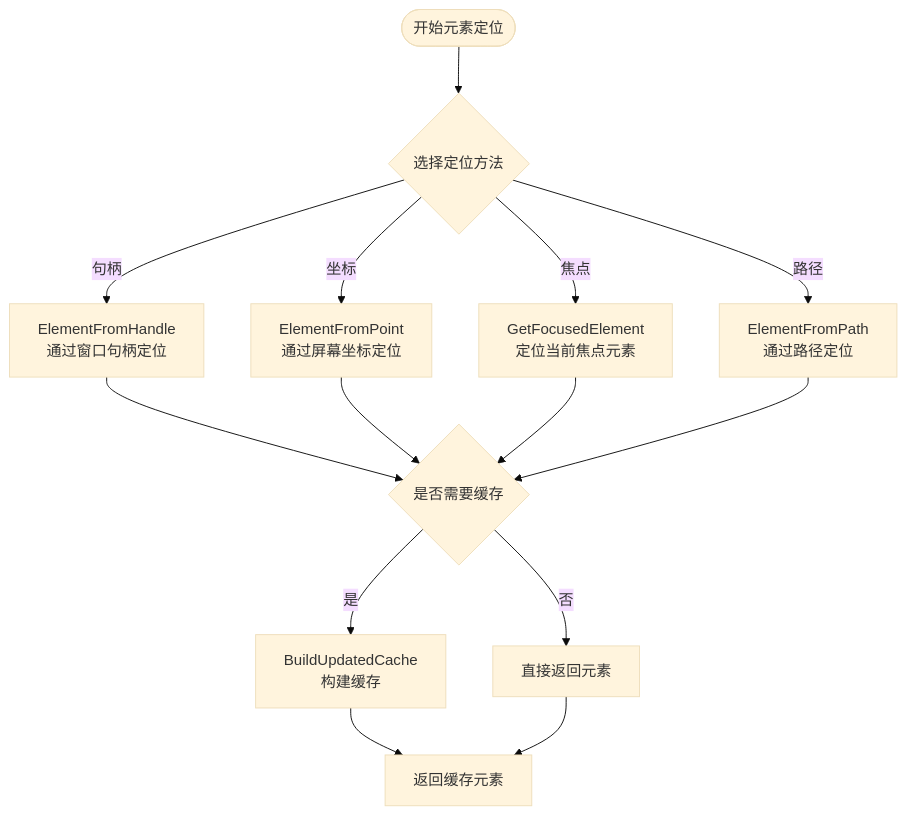
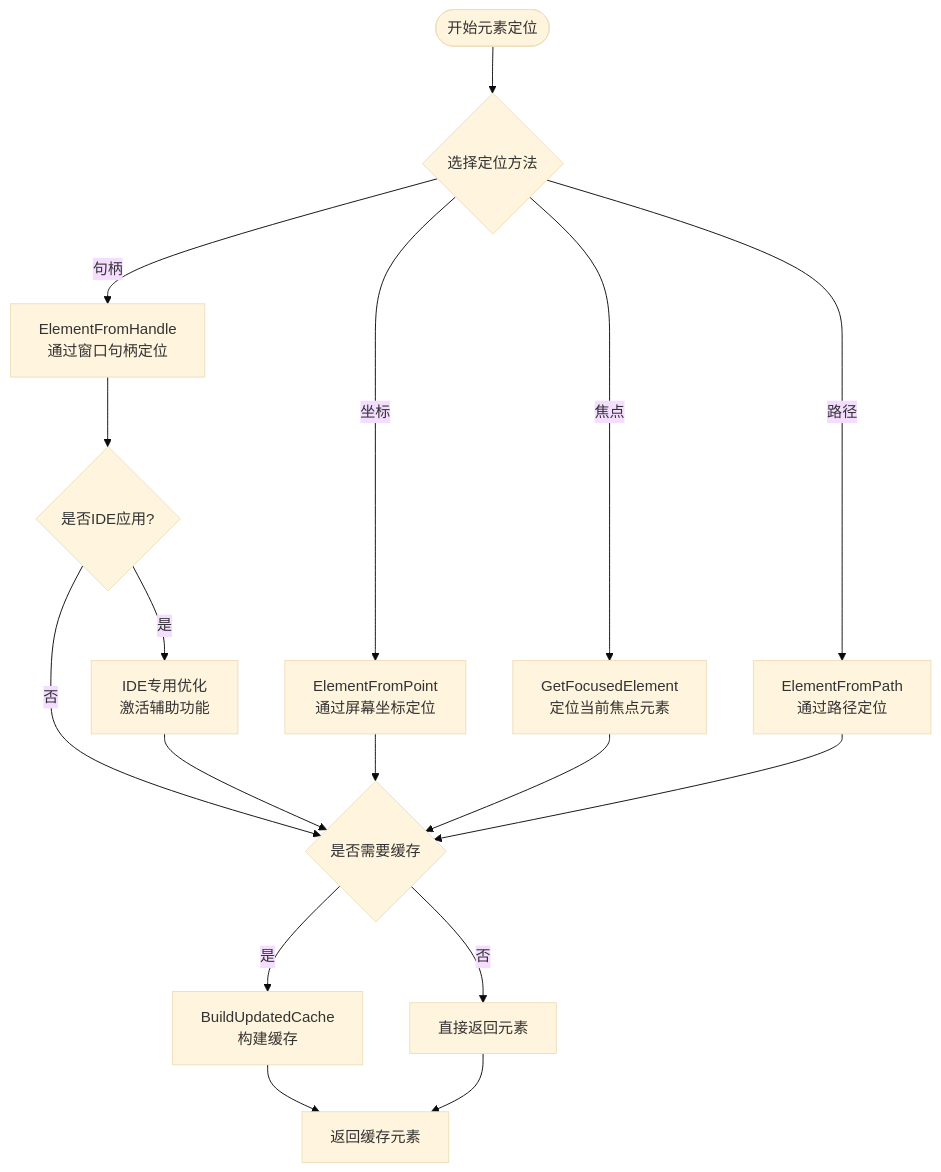
Before and after one commit to wangys-123doit/hotkey: the sixth of 13 diagrams in .qoder/repowiki/zh/content/核心功能/UI自动化框架.md, drawn with Mermaid (base theme). The commit also changed other lines of this file and 11 other files, not shown here.

````diff
--- a/.qoder/repowiki/zh/content/核心功能/UI自动化框架.md
+++ b/.qoder/repowiki/zh/content/核心功能/UI自动化框架.md
@@ -206,16 +260,19 @@
 ```mermaid
 flowchart TD
 Start([开始元素定位]) --> Method{选择定位方法}
 Method --> |句柄| Handle[ElementFromHandle<br/>通过窗口句柄定位]
 Method --> |坐标| Point[ElementFromPoint<br/>通过屏幕坐标定位]
 Method --> |焦点| Focus[GetFocusedElement<br/>定位当前焦点元素]
 Method --> |路径| Path[ElementFromPath<br/>通过路径定位]
-Handle --> Cache{是否需要缓存}
+Handle --> IDECheck{是否IDE应用?}
+IDECheck --> |是| IDEOptimize[IDE专用优化<br/>激活辅助功能]
+IDECheck --> |否| Cache{是否需要缓存}
+IDEOptimize --> Cache
 Point --> Cache
 Focus --> Cache
 Path --> Cache
 Cache --> |是| BuildCache[BuildUpdatedCache<br/>构建缓存]
 Cache --> |否| Direct[直接返回元素]
 BuildCache --> Return[返回缓存元素]
 Direct --> Return
 ```
````
